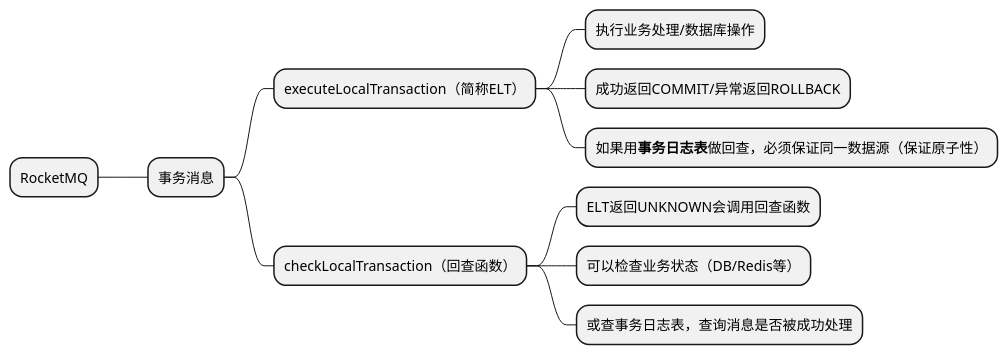
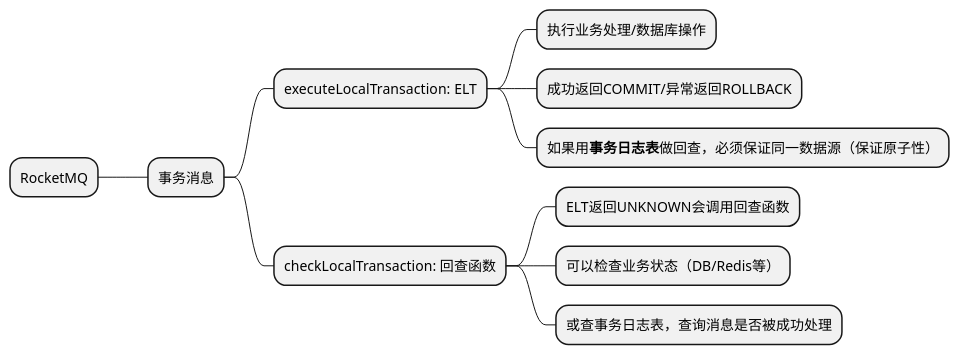
The diagram in notes/recall/RocketMQ.puml (kuqi007/zor-advanced), drawn with PlantUML before and after one commit.

Commit message:
RocketMQ

```diff
--- a/notes/recall/RocketMQ.puml
+++ b/notes/recall/RocketMQ.puml
@@ -1,15 +1,15 @@
 @startmindmap
 'https://plantuml.com/mindmap-diagram
 
 * RocketMQ
 ** 事务消息
-*** executeLocalTransaction（简称ELT）
+*** executeLocalTransaction: ELT
 **** 执行业务处理/数据库操作
 **** 成功返回COMMIT/异常返回ROLLBACK
 **** 如果用**事务日志表**做回查，必须保证同一数据源（保证原子性）
-*** checkLocalTransaction（回查函数）
+*** checkLocalTransaction: 回查函数
 **** ELT返回UNKNOWN会调用回查函数
 **** 可以检查业务状态（DB/Redis等）
 **** 或查事务日志表，查询消息是否被成功处理
 
 @endmindmap
```
